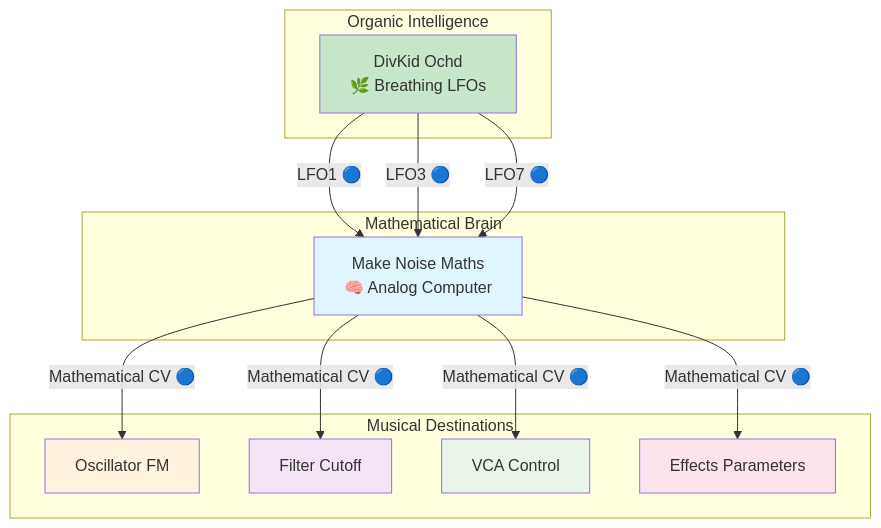
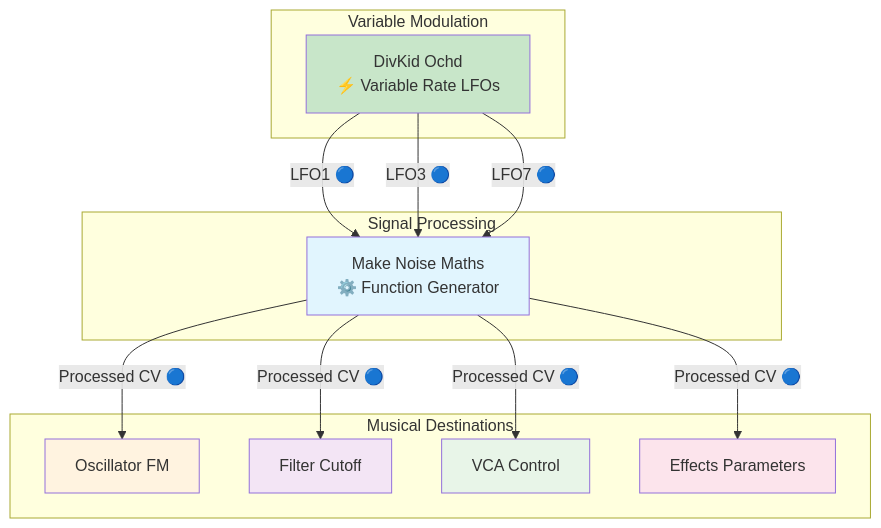
One commit to DGretta/Music changed the second of 6 diagrams in modular/make_noise_maths_guide.md. Above: the diagram before and after it, drawn with Mermaid. The commit also changed other lines of this file, not shown here.

Commit message:
Fix biological language violations in Maths guide Mermaid sections - use circuit-based terminology

````diff
--- a/modular/make_noise_maths_guide.md
+++ b/modular/make_noise_maths_guide.md
@@ -146,33 +146,33 @@
 ```mermaid
 graph TB
-    subgraph "Organic Intelligence"
-        OCHD[DivKid Ochd<br/>🌿 Breathing LFOs]
+    subgraph "Variable Modulation"
+        OCHD[DivKid Ochd<br/>⚡ Variable Rate LFOs]
     end
     
-    subgraph "Mathematical Brain"
-        MATHS[Make Noise Maths<br/>🧠 Analog Computer]
+    subgraph "Signal Processing"
+        MATHS[Make Noise Maths<br/>⚙️ Function Generator]
     end
     
     subgraph "Musical Destinations"
         OSC[Oscillator FM]
         FILT[Filter Cutoff]
         VCA[VCA Control]
         FX[Effects Parameters]
     end
     
     OCHD -->|LFO1 🔵| MATHS
     OCHD -->|LFO3 🔵| MATHS  
     OCHD -->|LFO7 🔵| MATHS
     
-    MATHS -->|Mathematical CV 🔵| OSC
-    MATHS -->|Mathematical CV 🔵| FILT
-    MATHS -->|Mathematical CV 🔵| VCA
-    MATHS -->|Mathematical CV 🔵| FX
+    MATHS -->|Processed CV 🔵| OSC
+    MATHS -->|Processed CV 🔵| FILT
+    MATHS -->|Processed CV 🔵| VCA
+    MATHS -->|Processed CV 🔵| FX
     
     style OCHD fill:#c8e6c9
     style MATHS fill:#e1f5fe
     style OSC fill:#fff3e0
     style FILT fill:#f3e5f5
     style VCA fill:#e8f5e8
     style FX fill:#fce4ec
 ```
````
